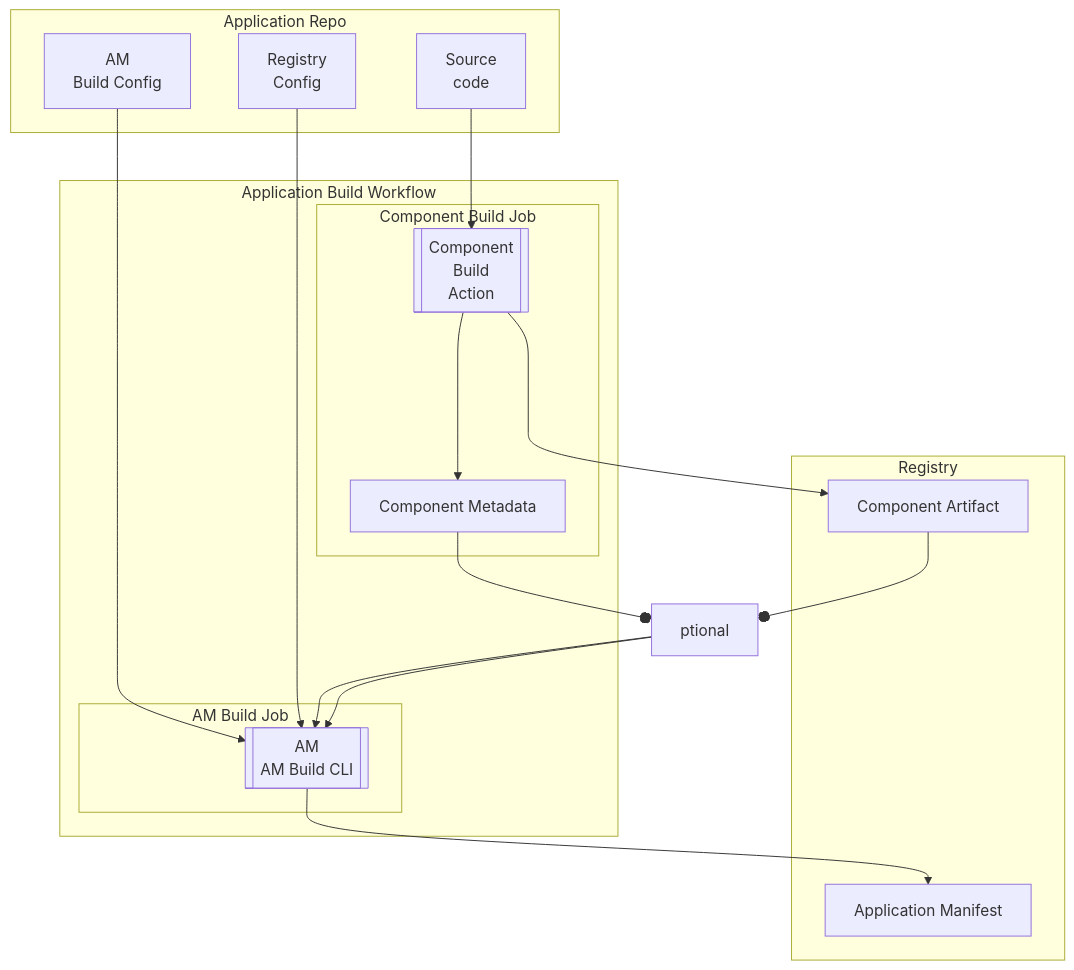
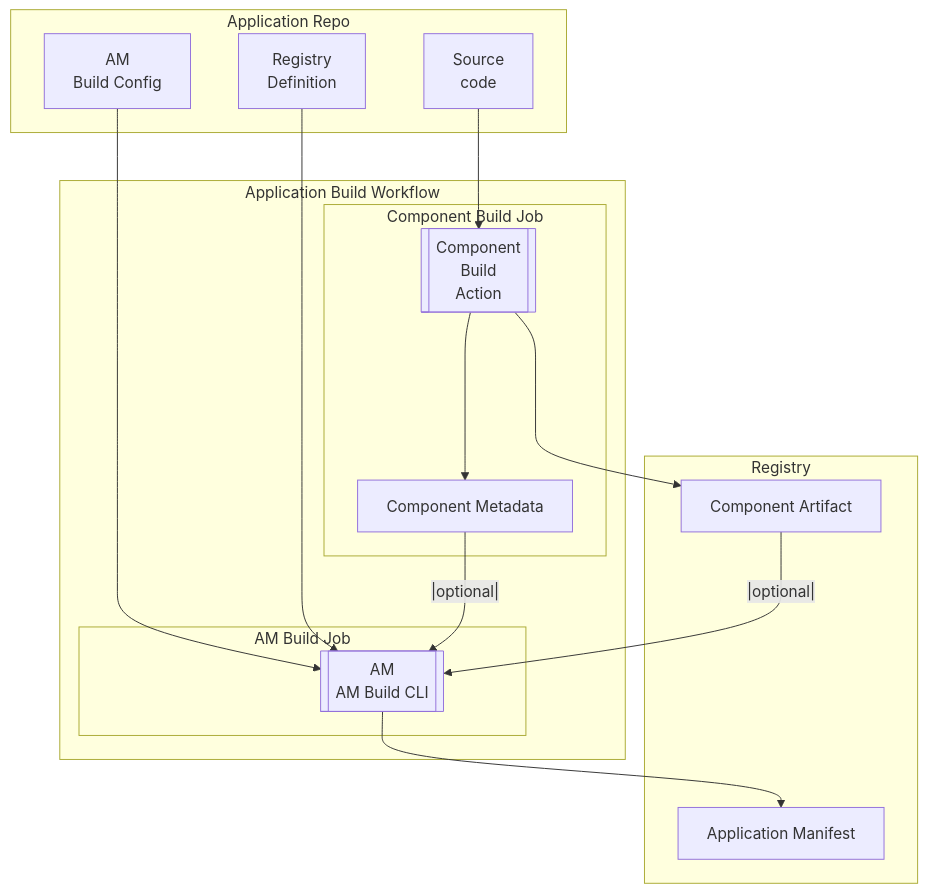
Before and after one commit to sivareddyit/qubership-envgene: the diagram in docs/analysis/application-manifest-build-cli.md, drawn with Mermaid. The commit also changed other lines of this file, not shown here.

Commit message:
docs: fix diagram (#865)

````diff
--- a/docs/analysis/application-manifest-build-cli.md
+++ b/docs/analysis/application-manifest-build-cli.md
@@ -51,29 +51,29 @@
 ```mermaid
 flowchart TD
     subgraph Application Repo
       A[AM<br>Build Config]
-      B[Registry<br>Config]
+      B[Registry<br>Definition]
       C[Source<br>code]
     end
     subgraph Registry
       F[Application Manifest]
       H[Component Artifact]
     end
     subgraph Application Build Workflow
       subgraph Component Build Job
         D1[[Component<br>Build<br>Action]]
         D3[Component Metadata]
         D1 ----> D3
       end
       subgraph AM Build Job
         E[[AM<br>AM Build CLI]]
       end
     end
     A --> E
     B --> E
-    D3 --optional--> E
+    D3 --|optional|--> E
     D1 --> H 
-    H --optional--> E
+    H --|optional|--> E
     C --> D1
     E --> F
 ```
````
